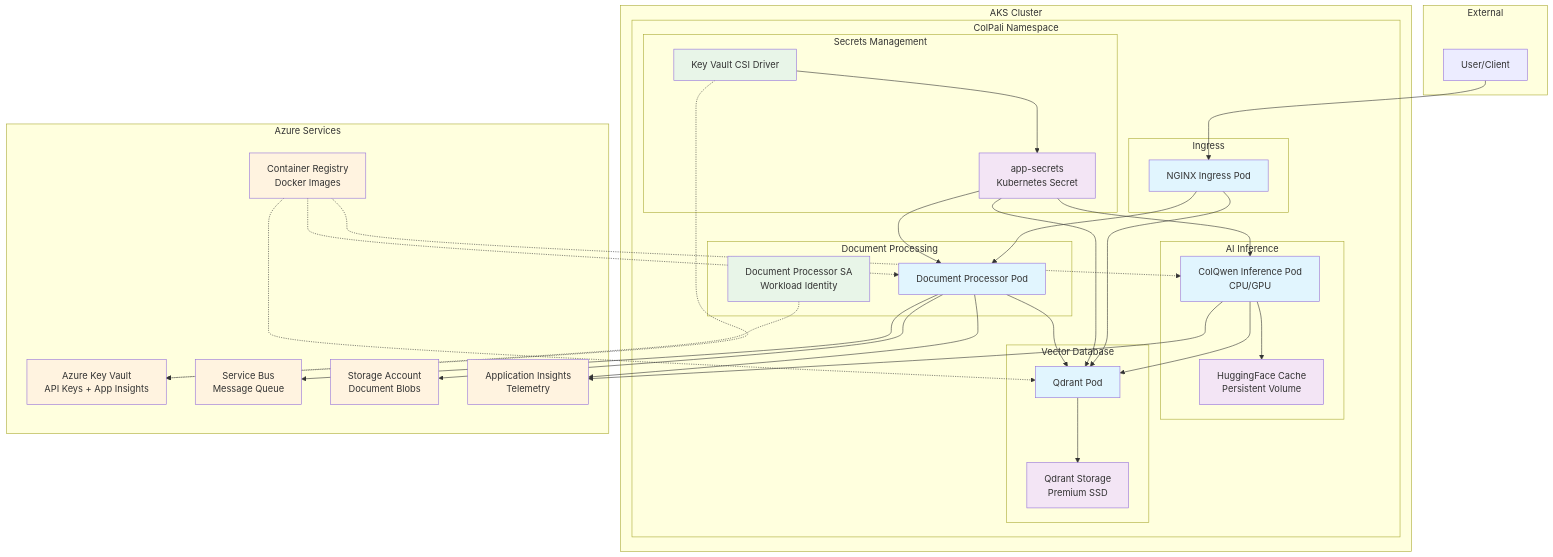
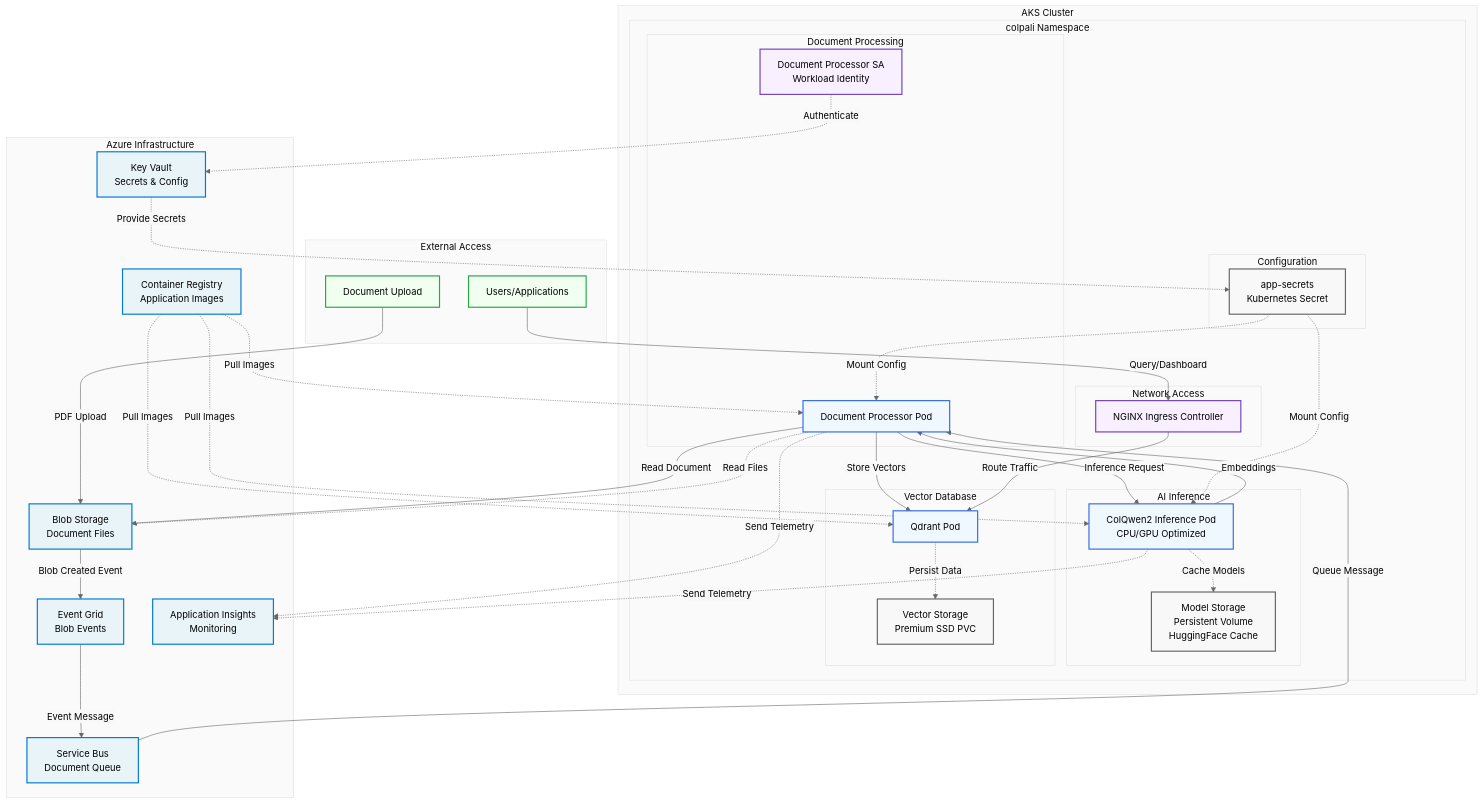
Before and after one commit to microsoft/multi-modal-rag-with-colpali: the diagram in helm/colpali-stack/README.md, drawn with Mermaid. The commit also changed other lines of this file and 49 other files, not shown here.

````diff
--- a/helm/colpali-stack/README.md
+++ b/helm/colpali-stack/README.md
@@ -55,79 +56,101 @@
 ```mermaid
+%%{init: {
+  'theme': 'base',
+  'themeVariables': {
+    'primaryColor': '#f5f5f5',
+    'primaryTextColor': '#000000',
+    'primaryBorderColor': '#333333',
+    'lineColor': '#666666',
+    'secondaryColor': '#f8f8f8',
+    'tertiaryColor': '#fafafa',
+    'background': '#ffffff',
+    'mainBkg': '#f5f5f5',
+    'secondBkg': '#f8f8f8',
+    'tertiaryBkg': '#fafafa'
+  }
+}}%%
 graph TB
     subgraph "AKS Cluster"
-        subgraph "ColPali Namespace"
+        subgraph "colpali Namespace"
             subgraph "Document Processing"
                 DP[Document Processor Pod]
                 DPSA[Document Processor SA<br/>Workload Identity]
             end
 
             subgraph "AI Inference"
-                CI[ColQwen Inference Pod<br/>CPU/GPU]
-                HFPV[HuggingFace Cache<br/>Persistent Volume]
+                CI[ColQwen2 Inference Pod<br/>CPU/GPU Optimized]
+                HFPV[Model Storage<br/>Persistent Volume<br/>HuggingFace Cache]
             end
 
             subgraph "Vector Database"
                 QD[Qdrant Pod]
-                QDPV[Qdrant Storage<br/>Premium SSD]
+                QDPV[Vector Storage<br/>Premium SSD PVC]
             end
 
-            subgraph "Ingress"
-                IG[NGINX Ingress Pod]
+            subgraph "Network Access"
+                IG[NGINX Ingress Controller]
             end
 
-            subgraph "Secrets Management"
+            subgraph "Configuration"
                 AS[app-secrets<br/>Kubernetes Secret]
-                CSI[Key Vault CSI Driver]
             end
         end
     end
 
-    subgraph "Azure Services"
-        KV[Azure Key Vault<br/>API Keys + App Insights]
-        SB[Service Bus<br/>Message Queue]
-        ST[Storage Account<br/>Document Blobs]
-        AI[Application Insights<br/>Telemetry]
-        ACR[Container Registry<br/>Docker Images]
+    subgraph "Azure Infrastructure"
+        KV[Key Vault<br/>Secrets & Config]
+        EG[Event Grid<br/>Blob Events]
+        SB[Service Bus<br/>Document Queue]
+        ST[Blob Storage<br/>Document Files]
+        AI[Application Insights<br/>Monitoring]
+        ACR[Container Registry<br/>Application Images]
     end
 
-    subgraph "External"
-        USER[User/Client]
+    subgraph "External Access"
+        USER[Users/Applications]
+        DOCS[Document Upload]
     end
 
-    %% Pod relationships
-    DP --> QD
-    CI --> QD
-    DP --> SB
-    DP --> ST
-    DPSA -.-> KV
-    CSI -.-> KV
-    CSI --> AS
-    AS --> DP
-    AS --> CI
-    AS --> QD
-    CI --> HFPV
-    QD --> QDPV
+    %% Data flow (solid lines)
+    DOCS -->|PDF Upload| ST
+    ST -->|Blob Created Event| EG
+    EG -->|Event Message| SB
+    SB -->|Queue Message| DP
+    DP -->|Read Document| ST
+    DP -->|Inference Request| CI
+    CI -->|Embeddings| DP
+    DP -->|Store Vectors| QD
+    USER -->|Query/Dashboard| IG
+    IG -->|Route Traffic| QD
 
-    %% External access
-    USER --> IG
-    IG --> QD
-    IG --> DP
+    %% Configuration/Management (dashed lines)
+    DPSA -.->|Authenticate| KV
+    KV -.->|Provide Secrets| AS
+    AS -.->|Mount Config| DP
+    AS -.->|Mount Config| CI
 
-    %% Azure services
-    DP --> AI
-    CI --> AI
-    ACR -.-> DP
-    ACR -.-> CI
-    ACR -.-> QD
+    %% Storage relationships (dotted lines)
+    CI -.->|Cache Models| HFPV
+    QD -.->|Persist Data| QDPV
+    DP -.->|Read Files| ST
+    DP -.->|Send Telemetry| AI
+    CI -.->|Send Telemetry| AI
 
-    %% Styling
-    classDef pod fill:#e1f5fe
-    classDef storage fill:#f3e5f5
-    classDef azure fill:#fff3e0
-    classDef secret fill:#e8f5e8
+    %% Container registry (deployment time)
+    ACR -.->|Pull Images| DP
+    ACR -.->|Pull Images| CI
+    ACR -.->|Pull Images| QD
 
-    class DP,CI,QD,IG pod
-    class QDPV,HFPV,AS storage
-    class KV,SB,ST,AI,ACR azure
-    class CSI,DPSA secret
+    %% Node Styling
+    classDef pod fill:#f0f8ff,stroke:#326ce5,stroke-width:2px
+    classDef storage fill:#f8f8f8,stroke:#666666,stroke-width:2px
+    classDef azure fill:#e8f4f8,stroke:#0078d4,stroke-width:2px
+    classDef external fill:#f0fff0,stroke:#28a745,stroke-width:2px
+    classDef network fill:#f8f0ff,stroke:#6f42c1,stroke-width:2px
+
+    class DP,CI,QD pod
+    class HFPV,QDPV,AS storage
+    class KV,EG,SB,ST,AI,ACR azure
+    class USER,DOCS external
+    class IG,DPSA network
 ```
````
